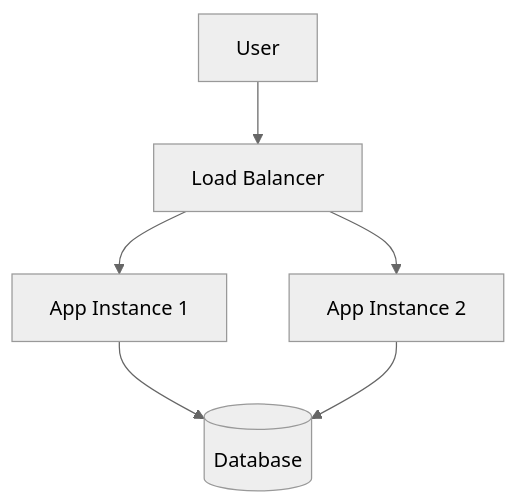
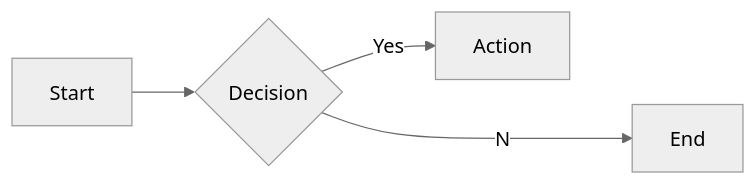
One commit to toxicoder/devset changed the second of 20 diagrams in docs/interview-questions/3.1 Engineering & Technology/Backend Engineer.md. Above: the diagram before and after it, drawn with Mermaid (neutral theme). The commit also changed other lines of this file and 72 other files, not shown here.

````diff
--- a/docs/interview-questions/3.1 Engineering & Technology/Backend Engineer.md
+++ b/docs/interview-questions/3.1 Engineering & Technology/Backend Engineer.md
@@ -15,8 +152,6 @@
 ```mermaid
-graph TD
-    User --> LB[Load Balancer]
-    LB --> App1[App Instance 1]
-    LB --> App2[App Instance 2]
-    App1 --> DB[(Database)]
-    App2 --> DB
+graph LR
+    A[Start] --> B{Decision}
+    B --Yes--> C[Action]
+    B --No--> D[End]
 ```
````
